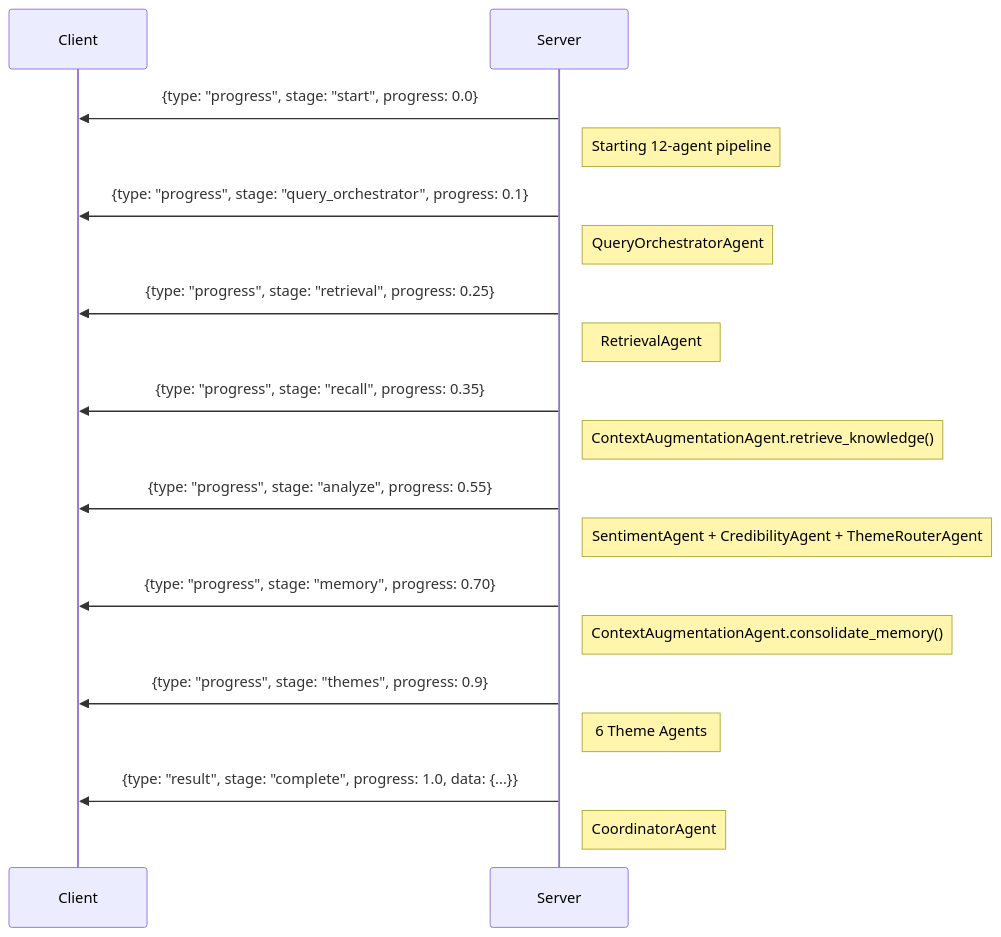
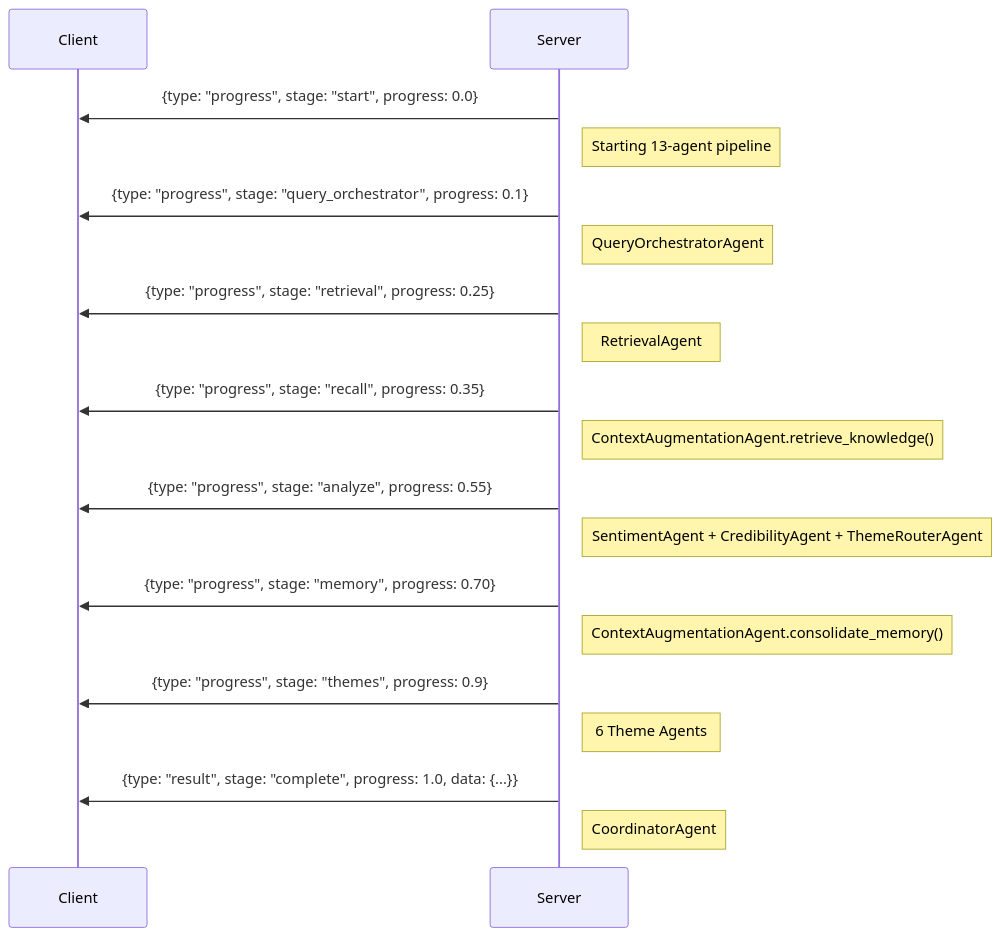
One commit to donyelqt/Hinaing changed the fifth of 7 diagrams in docs/CHAT_ARCHITECTURE.md. Above: the diagram before and after it, drawn with Mermaid. The commit also changed other lines of this file and 9 other files, not shown here.

````diff
--- a/docs/CHAT_ARCHITECTURE.md
+++ b/docs/CHAT_ARCHITECTURE.md
@@ -339,22 +339,22 @@
 ```mermaid
 sequenceDiagram
     participant Client
     participant Server
 
     Server->>Client: {type: "progress", stage: "start", progress: 0.0}
-    Note right of Server: Starting 12-agent pipeline
+    Note right of Server: Starting 13-agent pipeline
     Server->>Client: {type: "progress", stage: "query_orchestrator", progress: 0.1}
     Note right of Server: QueryOrchestratorAgent
     Server->>Client: {type: "progress", stage: "retrieval", progress: 0.25}
     Note right of Server: RetrievalAgent
     Server->>Client: {type: "progress", stage: "recall", progress: 0.35}
     Note right of Server: ContextAugmentationAgent.retrieve_knowledge()
     Server->>Client: {type: "progress", stage: "analyze", progress: 0.55}
     Note right of Server: SentimentAgent + CredibilityAgent + ThemeRouterAgent
     Server->>Client: {type: "progress", stage: "memory", progress: 0.70}
     Note right of Server: ContextAugmentationAgent.consolidate_memory()
     Server->>Client: {type: "progress", stage: "themes", progress: 0.9}
     Note right of Server: 6 Theme Agents
     Server->>Client: {type: "result", stage: "complete", progress: 1.0, data: {...}}
     Note right of Server: CoordinatorAgent
 ```
````
